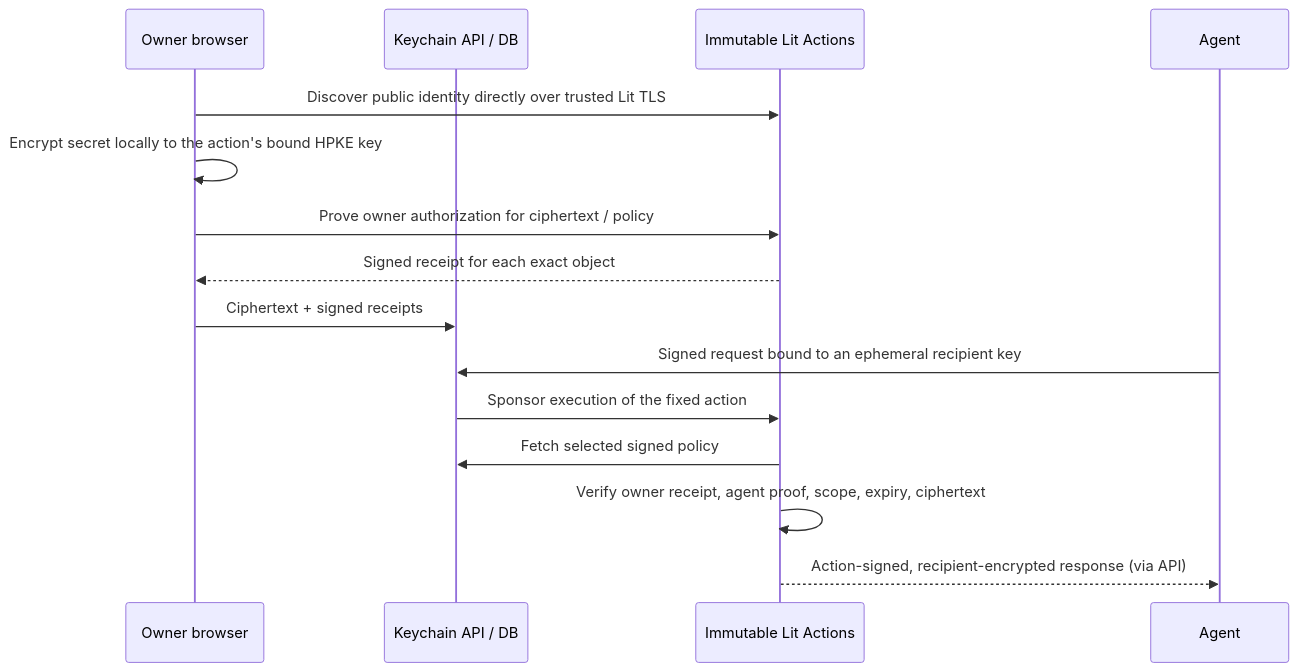
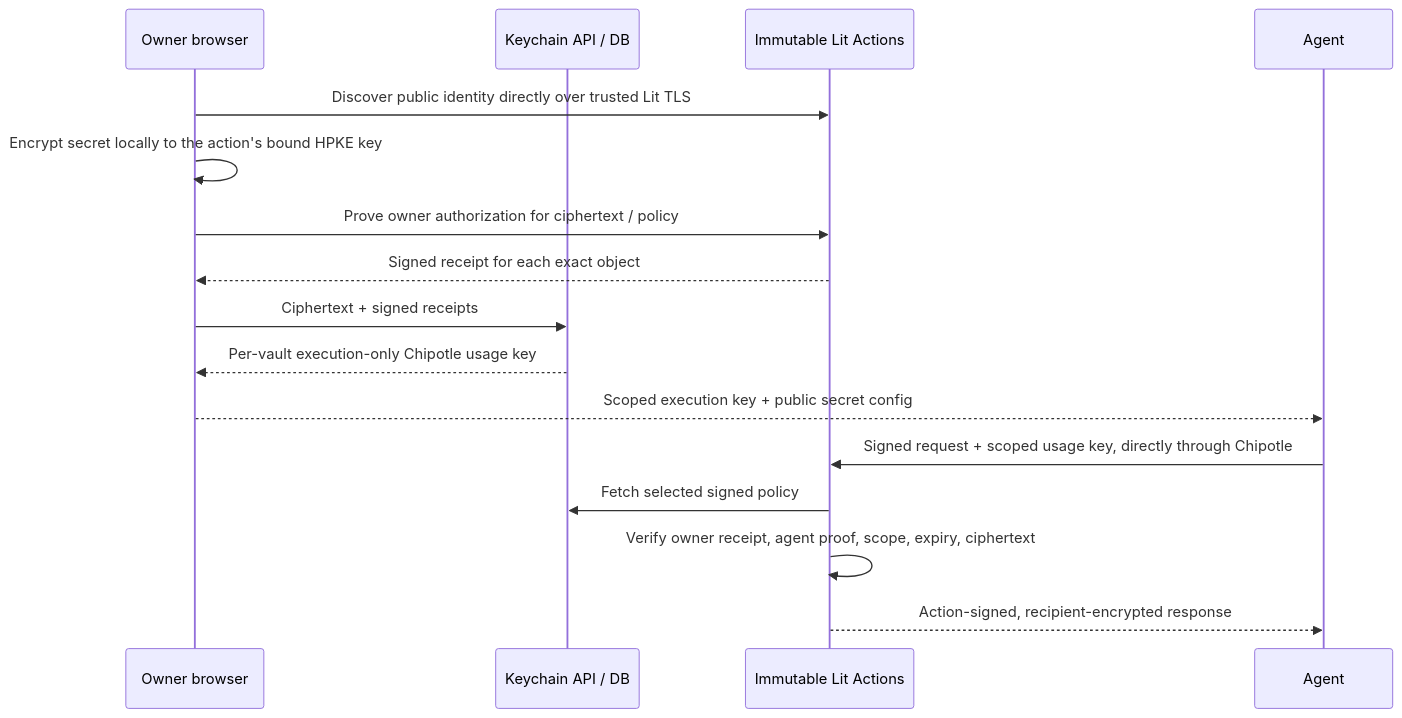
One commit to LIT-Protocol/chipotle changed the diagram in lit-agent-keychain/README.md. Above: the diagram before and after it, drawn with Mermaid. The commit also changed other lines of this file and 59 other files, not shown here.

Commit message:
Add Keychain subscriptions and scoped direct Chipotle execution

````diff
--- a/lit-agent-keychain/README.md
+++ b/lit-agent-keychain/README.md
@@ -8,17 +8,18 @@
 ```mermaid
 sequenceDiagram
     participant Owner as Owner browser
     participant API as Keychain API / DB
     participant Lit as Immutable Lit Actions
     participant Agent
     Owner->>Lit: Discover public identity directly over trusted Lit TLS
     Owner->>Owner: Encrypt secret locally to the action's bound HPKE key
     Owner->>Lit: Prove owner authorization for ciphertext / policy
     Lit-->>Owner: Signed receipt for each exact object
     Owner->>API: Ciphertext + signed receipts
-    Agent->>API: Signed request bound to an ephemeral recipient key
-    API->>Lit: Sponsor execution of the fixed action
+    API-->>Owner: Per-vault execution-only Chipotle usage key
+    Owner-->>Agent: Scoped execution key + public secret config
+    Agent->>Lit: Signed request + scoped usage key, directly through Chipotle
     Lit->>API: Fetch selected signed policy
     Lit->>Lit: Verify owner receipt, agent proof, scope, expiry, ciphertext
-    Lit-->>Agent: Action-signed, recipient-encrypted response (via API)
+    Lit-->>Agent: Action-signed, recipient-encrypted response
 ```
````
